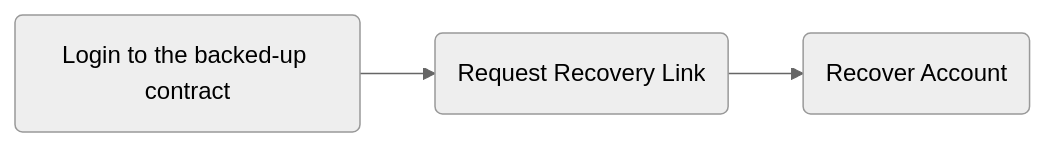
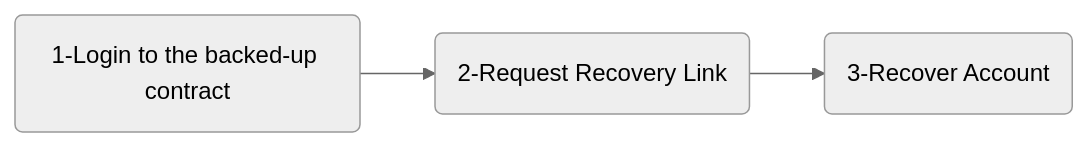
Before and after one commit to azmasamy/save-station: the second of 2 diagrams in README.md, drawn with Mermaid (neutral theme). The commit also changed other lines of this file, not shown here.

````diff
--- a/README.md
+++ b/README.md
@@ -22,4 +22,4 @@
 ```mermaid
 graph LR
-A(Login to the backed-up contract) --> B(Request Recovery Link) --> C(Recover Account)
+A(1-Login to the backed-up contract) --> B(2-Request Recovery Link) --> C(3-Recover Account)
 ```
````
